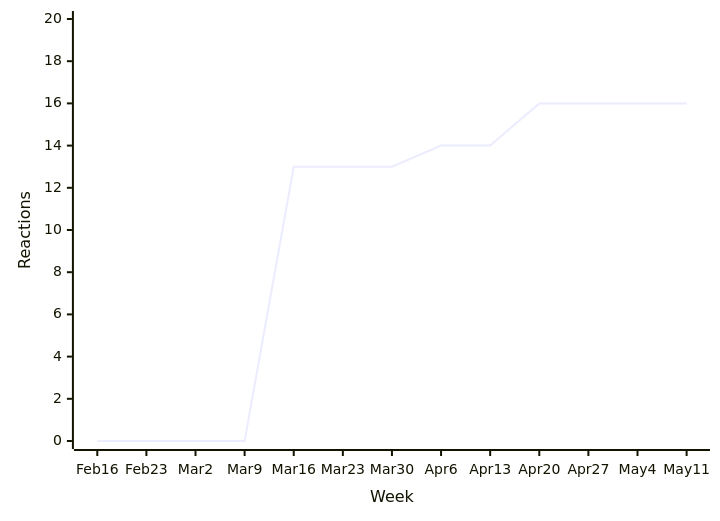
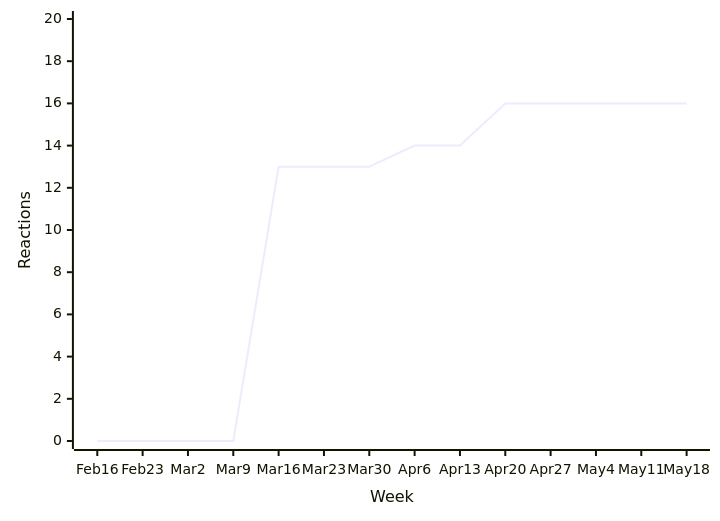
Before and after one commit to loic-sharma/github-insights: the ninth of 49 diagrams in README.md, drawn with Mermaid. The commit also changed other lines of this file and 3 other files, not shown here.

````diff
--- a/README.md
+++ b/README.md
@@ -475,6 +475,6 @@
   ```mermaid
   xychart-beta
-    x-axis "Week" [Feb 16, Feb 23, Mar 2, Mar 9, Mar 16, Mar 23, Mar 30, Apr 6, Apr 13, Apr 20, Apr 27, May 4, May 11]
+    x-axis "Week" [Feb 16, Feb 23, Mar 2, Mar 9, Mar 16, Mar 23, Mar 30, Apr 6, Apr 13, Apr 20, Apr 27, May 4, May 11, May 18]
     y-axis "Reactions" 0 --> 20
-    line [0, 0, 0, 0, 13, 13, 13, 14, 14, 16, 16, 16, 16]
+    line [0, 0, 0, 0, 13, 13, 13, 14, 14, 16, 16, 16, 16, 16]
   ```
````
